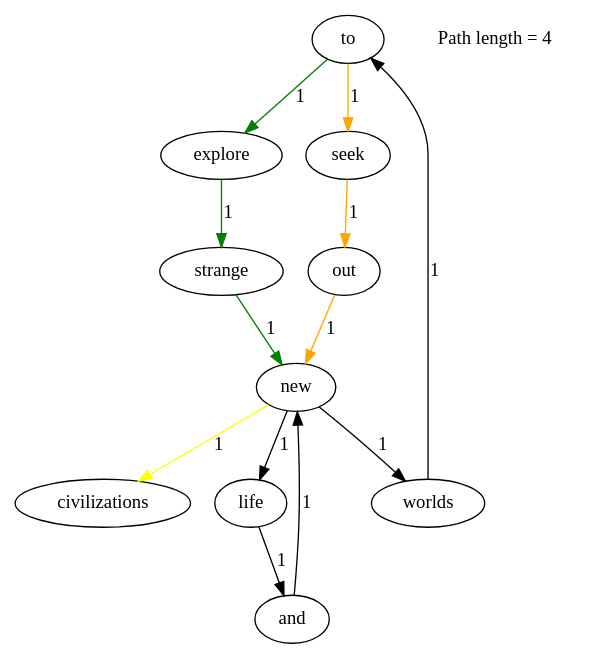
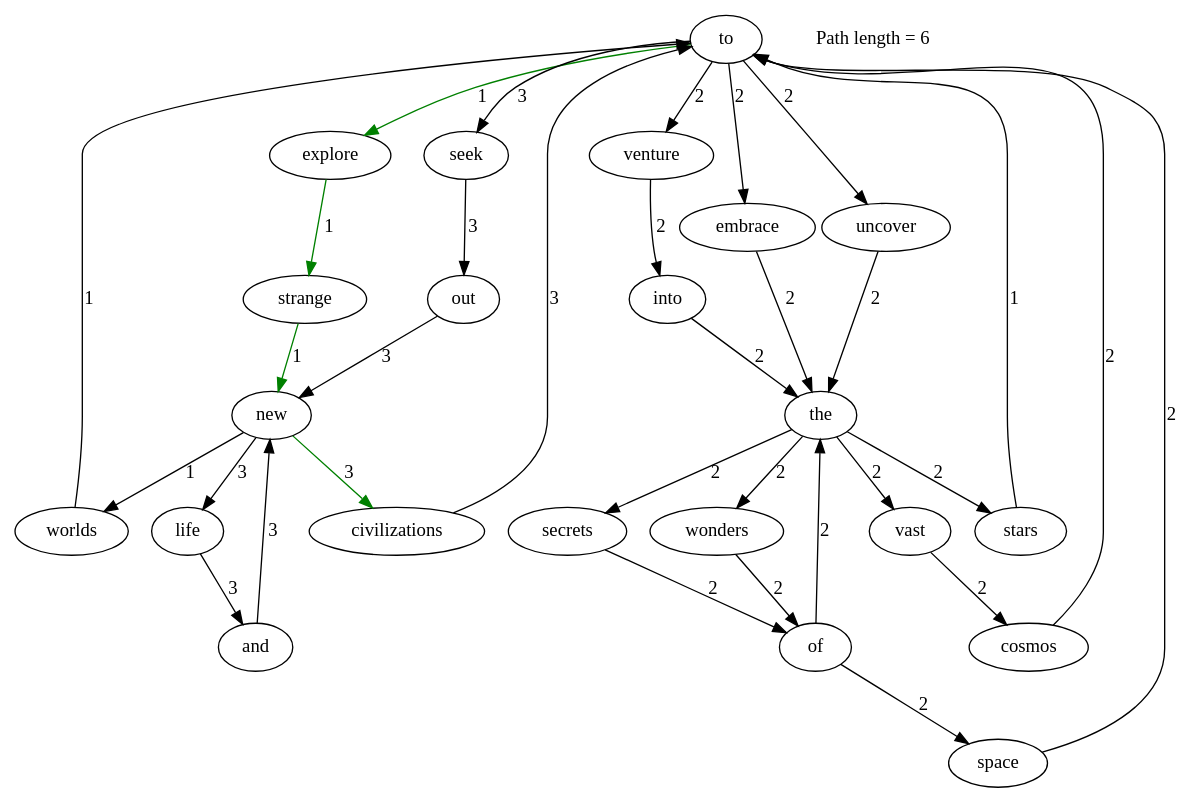
The diagram in out/text/shortest_path_to_to_civilizations.dot (vic-yichen/Lab1-2021110640), drawn with Graphviz before and after one commit. The commit also changed 22 other files, not shown here.

```diff
--- a/out/text/shortest_path_to_to_civilizations.dot
+++ b/out/text/shortest_path_to_to_civilizations.dot
@@ -1,16 +1,36 @@
 digraph G {
     "to" [root=true];
     "new" -> "worlds" [label="1"];
-    "new" -> "civilizations" [label="1", color="yellow"];
-    "new" -> "life" [label="1"];
+    "new" -> "civilizations" [label="3", color="green"];
+    "new" -> "life" [label="3"];
     "worlds" -> "to" [label="1"];
     "explore" -> "strange" [label="1", color="green"];
-    "and" -> "new" [label="1"];
+    "embrace" -> "the" [label="2"];
+    "cosmos" -> "to" [label="2"];
+    "uncover" -> "the" [label="2"];
+    "stars" -> "to" [label="1"];
+    "seek" -> "out" [label="3"];
+    "secrets" -> "of" [label="2"];
+    "strange" -> "new" [label="1", color="green"];
+    "life" -> "and" [label="3"];
+    "venture" -> "into" [label="2"];
+    "space" -> "to" [label="2"];
+    "out" -> "new" [label="3"];
+    "the" -> "wonders" [label="2"];
+    "the" -> "vast" [label="2"];
+    "the" -> "stars" [label="2"];
+    "the" -> "secrets" [label="2"];
+    "into" -> "the" [label="2"];
+    "wonders" -> "of" [label="2"];
+    "and" -> "new" [label="3"];
+    "of" -> "the" [label="2"];
+    "of" -> "space" [label="2"];
     "to" -> "explore" [label="1", color="green"];
-    "to" -> "seek" [label="1", color="orange"];
-    "seek" -> "out" [label="1", color="orange"];
-    "strange" -> "new" [label="1", color="green"];
-    "life" -> "and" [label="1"];
-    "out" -> "new" [label="1", color="orange"];
-    "Path length = 4" [label="Path length = 4", color="black", shape=none];
+    "to" -> "embrace" [label="2"];
+    "to" -> "uncover" [label="2"];
+    "to" -> "seek" [label="3"];
+    "to" -> "venture" [label="2"];
+    "vast" -> "cosmos" [label="2"];
+    "civilizations" -> "to" [label="3"];
+    "Path length = 6" [label="Path length = 6", color="black", shape=none];
 }
```
